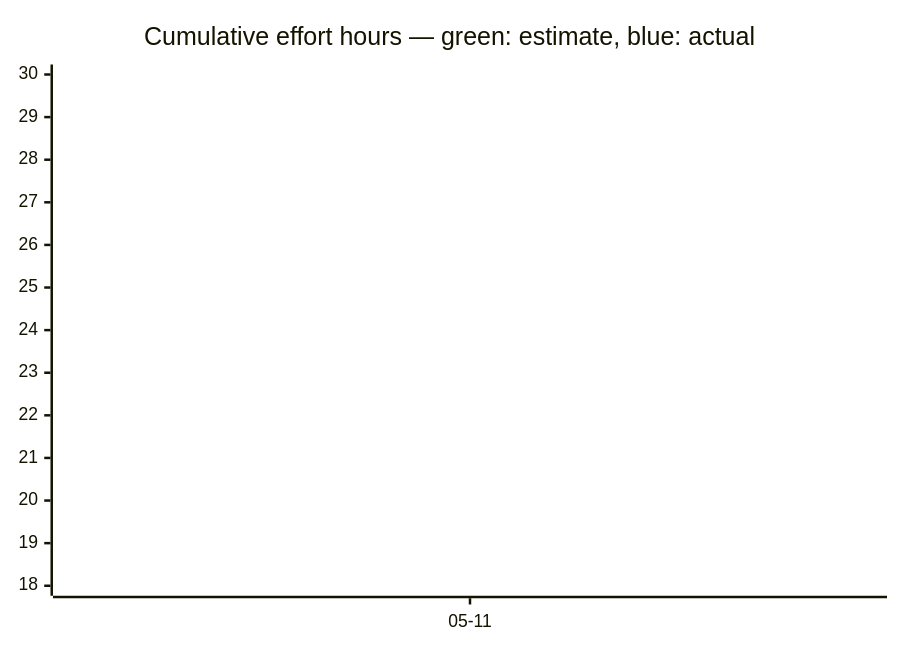
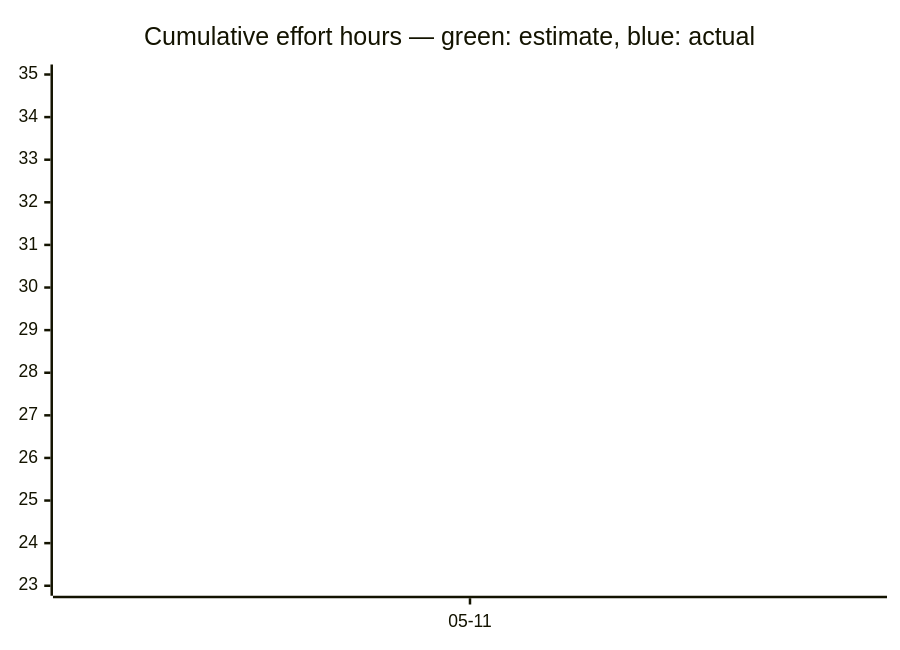
The third of 3 diagrams in docs/developers/tasks/OVERVIEW.md (tgd1975/AwesomeGuitarPedal), drawn with Mermaid before and after one commit. The commit also changed other lines of this file and 7 other files, not shown here.

````diff
--- a/docs/developers/tasks/OVERVIEW.md
+++ b/docs/developers/tasks/OVERVIEW.md
@@ -40,7 +40,7 @@
 ```mermaid
 xychart-beta
     title "Cumulative effort hours — green: estimate, blue: actual"
     x-axis ["05-11"]
-    line [18]
-    line [30]
+    line [23]
+    line [35]
 ```
````
